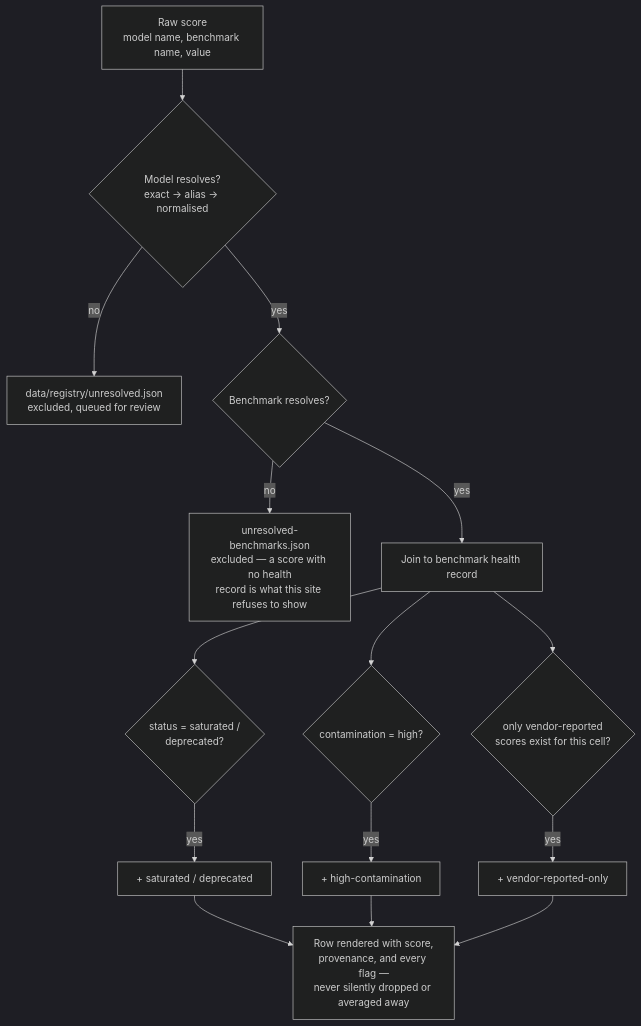
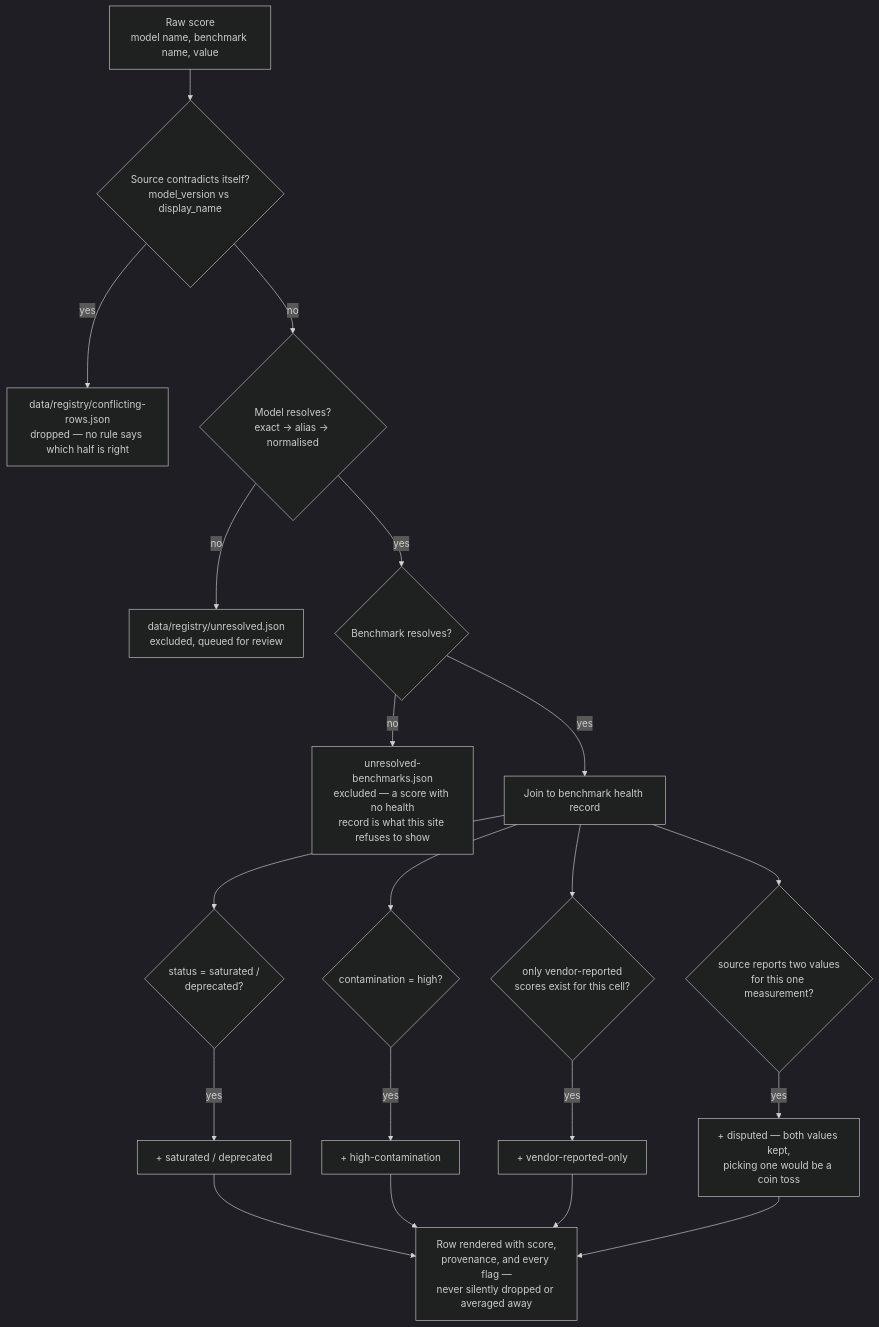
The second of 2 diagrams in README.md (dhruvladani04/lllm-atlas), drawn with Mermaid (dark theme) before and after one commit. The commit also changed other lines of this file and 9 other files, not shown here.

````diff
--- a/README.md
+++ b/README.md
@@ -101,15 +118,19 @@
 ```mermaid
 flowchart TD
-    S[Raw score<br/>model name, benchmark name, value] --> R1{Model resolves?<br/>exact → alias → normalised}
+    S[Raw score<br/>model name, benchmark name, value] --> R0{Source contradicts itself?<br/>model_version vs display_name}
+    R0 -- yes --> U0[data/registry/conflicting-rows.json<br/>dropped — no rule says which half is right]
+    R0 -- no --> R1{Model resolves?<br/>exact → alias → normalised}
     R1 -- no --> U1[data/registry/unresolved.json<br/>excluded, queued for review]
     R1 -- yes --> R2{Benchmark resolves?}
     R2 -- no --> U2[unresolved-benchmarks.json<br/>excluded — a score with no health<br/>record is what this site refuses to show]
     R2 -- yes --> J[Join to benchmark health record]
     J --> F1{status = saturated /<br/>deprecated?}
     J --> F2{contamination = high?}
     J --> F3{only vendor-reported<br/>scores exist for this cell?}
+    J --> F4{source reports two values<br/>for this one measurement?}
     F1 -- yes --> FLAG1[+ saturated / deprecated]
     F2 -- yes --> FLAG2[+ high-contamination]
     F3 -- yes --> FLAG3[+ vendor-reported-only]
-    FLAG1 & FLAG2 & FLAG3 --> OUT[Row rendered with score,<br/>provenance, and every flag —<br/>never silently dropped or averaged away]
+    F4 -- yes --> FLAG4[+ disputed — both values kept,<br/>picking one would be a coin toss]
+    FLAG1 & FLAG2 & FLAG3 & FLAG4 --> OUT[Row rendered with score,<br/>provenance, and every flag —<br/>never silently dropped or averaged away]
 ```
````
